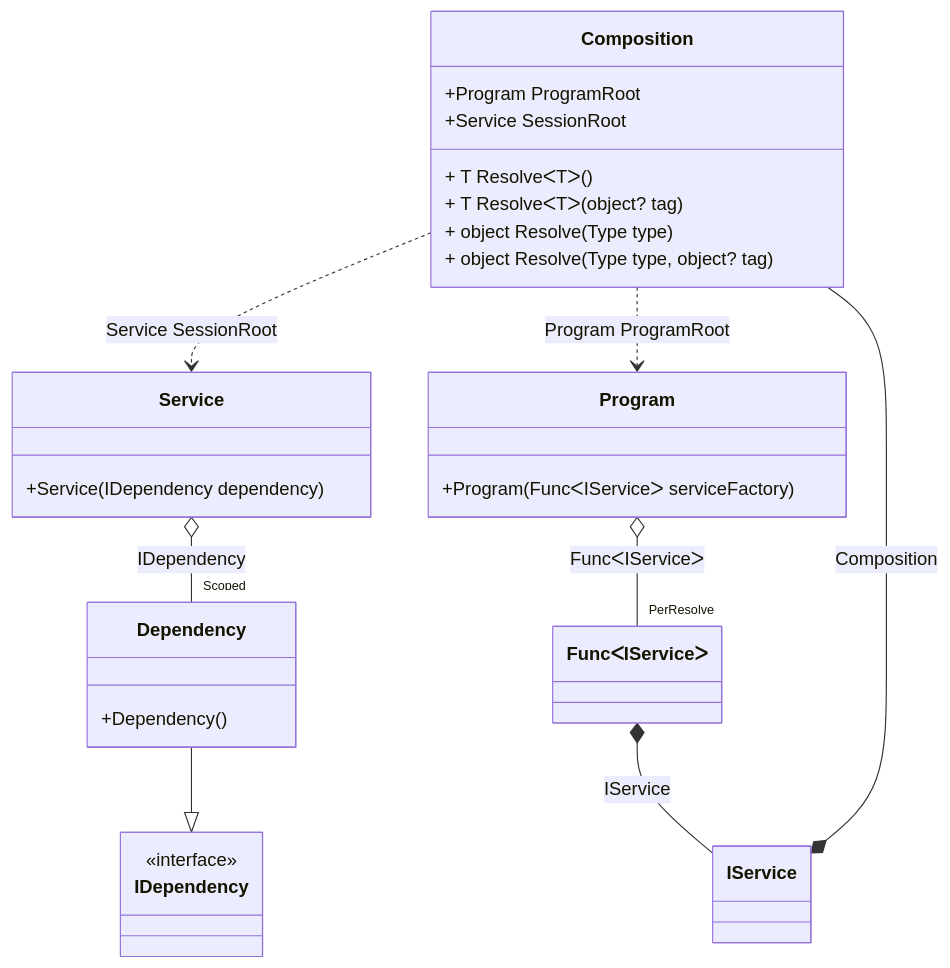
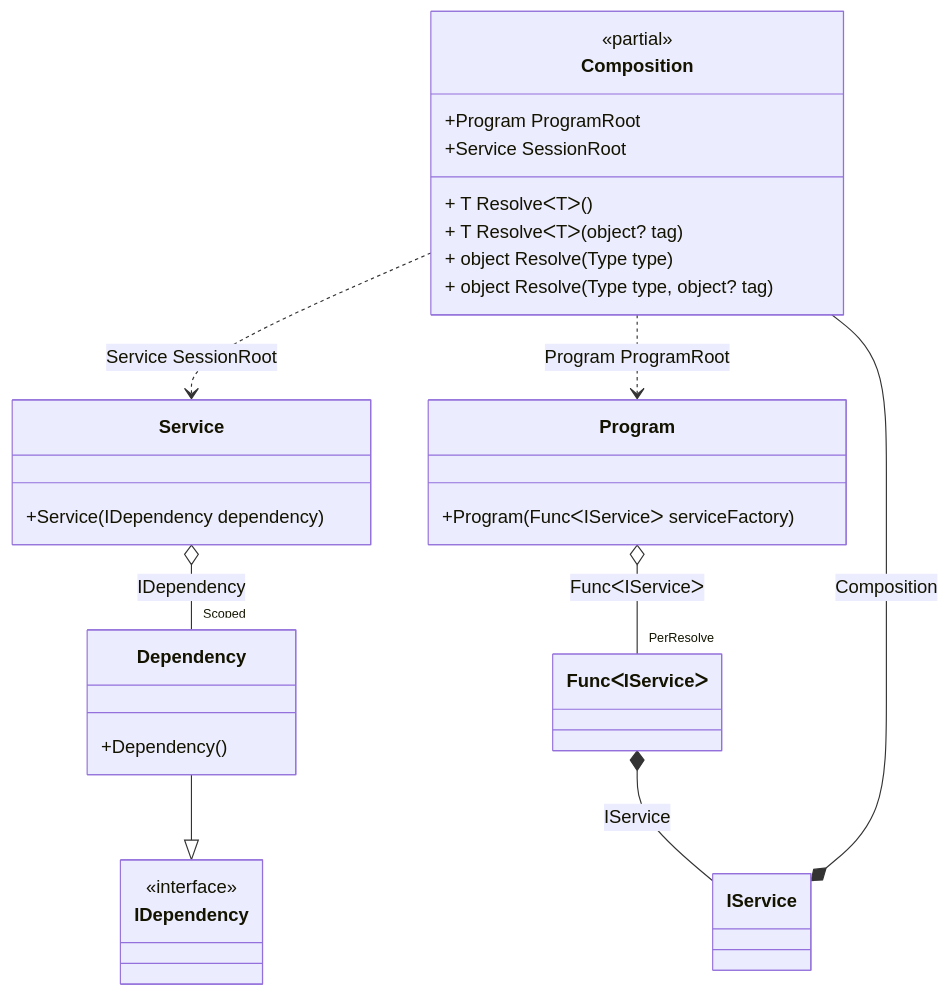
One commit to DevTeam/Pure.DI changed the diagram in readme/auto-scoped.md. Above: the diagram before and after it, drawn with Mermaid. The commit also changed 74 other files, not shown here.

Commit message:
Improved class diagram

````diff
--- a/readme/auto-scoped.md
+++ b/readme/auto-scoped.md
@@ -67,33 +67,34 @@
 ```mermaid
 classDiagram
 	class Composition {
+		<<partial>>
 		+Program ProgramRoot
 		+Service SessionRoot
 		+ T ResolveᐸTᐳ()
 		+ T ResolveᐸTᐳ(object? tag)
 		+ object Resolve(Type type)
 		+ object Resolve(Type type, object? tag)
 	}
 	class Program {
 		+Program(FuncᐸIServiceᐳ serviceFactory)
 	}
 	class Service {
 		+Service(IDependency dependency)
 	}
 	class IService
 	Dependency --|> IDependency : 
 	class Dependency {
 		+Dependency()
 	}
 	class FuncᐸIServiceᐳ
 	class Composition
 	class IDependency {
 		<<interface>>
 	}
-	Program o--  "PerResolve" FuncᐸIServiceᐳ : FuncᐸIServiceᐳ
-	Service o--  "Scoped" Dependency : IDependency
+	Program o-- "PerResolve" FuncᐸIServiceᐳ : FuncᐸIServiceᐳ
+	Service o-- "Scoped" Dependency : IDependency
 	IService *--  Composition : Composition
 	Composition ..> Service : Service SessionRoot
 	Composition ..> Program : Program ProgramRoot
 	FuncᐸIServiceᐳ *--  IService : IService
 ```
````
